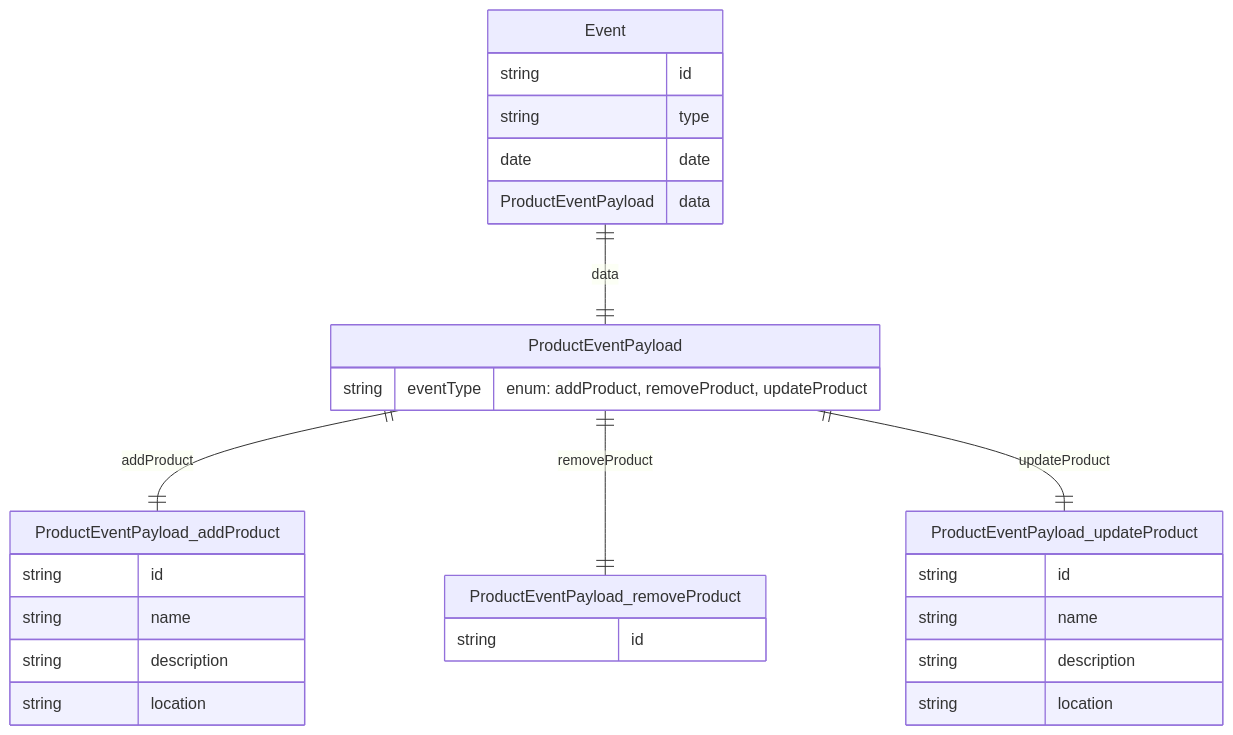
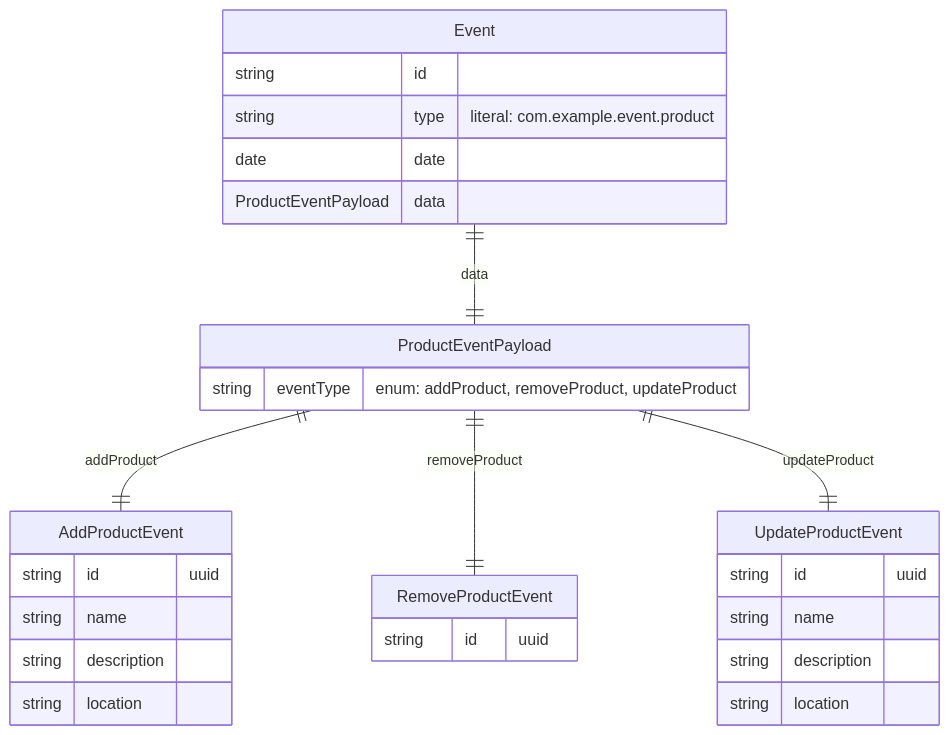
The sixth of 10 diagrams in README.md (kothar/zod-mermaid), drawn with Mermaid before and after one commit. The commit also changed other lines of this file and 13 other files, not shown here.

First line of the commit message:
Enhance entity naming in Mermaid diagrams for discriminated unions (#3)

````diff
--- a/README.md
+++ b/README.md
@@ -288,31 +317,31 @@
 ```mermaid
 erDiagram
     Event {
         string id
-        string type
+        string type "literal: com.example.event.product"
         date date
         ProductEventPayload data
     }
     ProductEventPayload {
         string eventType "enum: addProduct, removeProduct, updateProduct"
     }
-    ProductEventPayload_addProduct {
-        string id
+    AddProductEvent {
+        string id "uuid"
         string name
         string description
         string location
     }
-    ProductEventPayload_removeProduct {
-        string id
+    RemoveProductEvent {
+        string id "uuid"
     }
-    ProductEventPayload_updateProduct {
-        string id
+    UpdateProductEvent {
+        string id "uuid"
         string name
         string description
         string location
     }
     Event ||--|| ProductEventPayload : "data"
-    ProductEventPayload ||--|| ProductEventPayload_addProduct : "addProduct"
-    ProductEventPayload ||--|| ProductEventPayload_removeProduct : "removeProduct"
-    ProductEventPayload ||--|| ProductEventPayload_updateProduct : "updateProduct"
+    ProductEventPayload ||--|| AddProductEvent : "addProduct"
+    ProductEventPayload ||--|| RemoveProductEvent : "removeProduct"
+    ProductEventPayload ||--|| UpdateProductEvent : "updateProduct"
 ```
````
